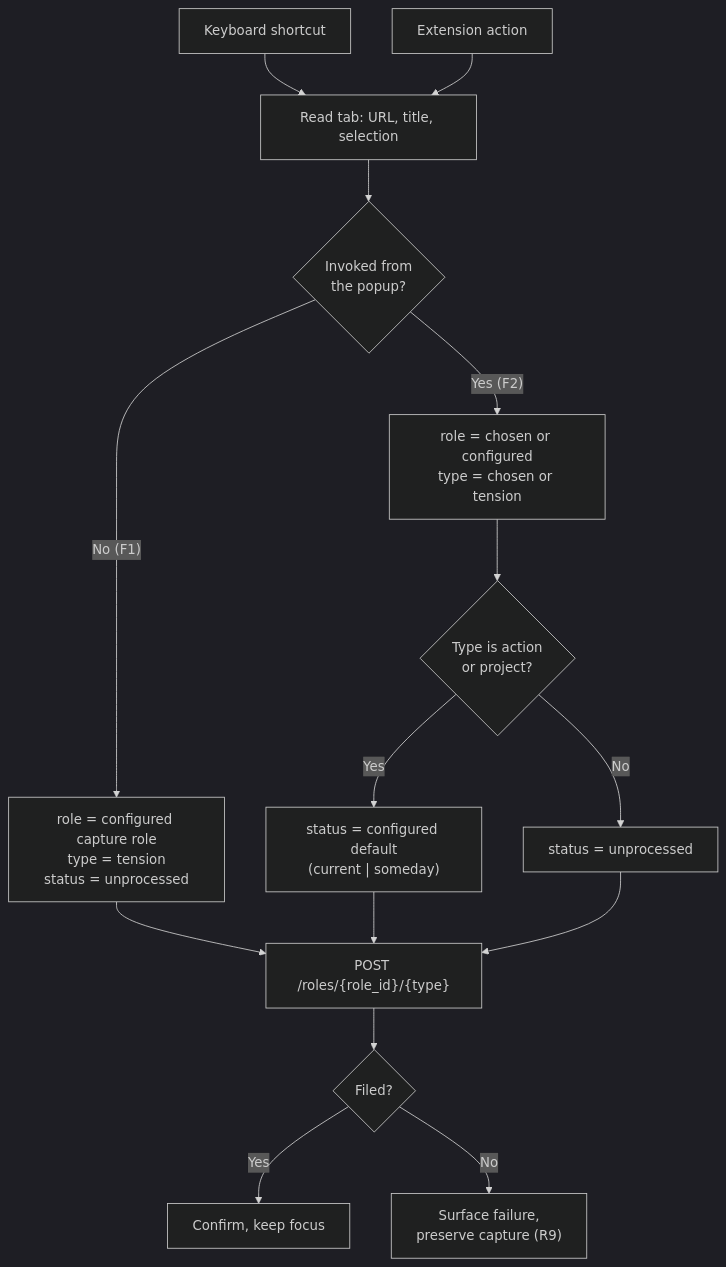
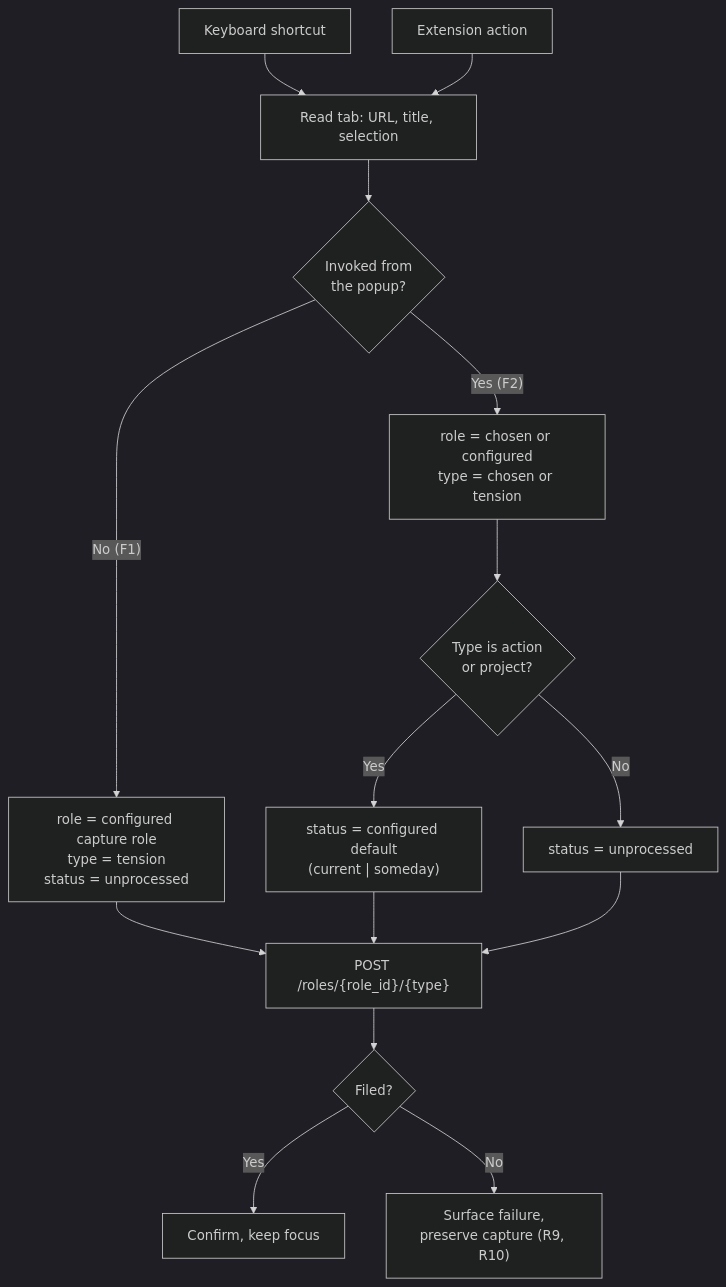
One commit to Integral-Productivity/glassfrog-clipper changed the diagram in docs/plans/2026-08-28-1123-feat-zero-decision-capture-path-plan.md. Above: the diagram before and after it, drawn with Mermaid (dark theme). The commit also changed other lines of this file, not shown here.

First line of the commit message:
docs(plan): resolve OQ1 — unconfigured capture opens options and carries through

````diff
--- a/docs/plans/2026-08-28-1123-feat-zero-decision-capture-path-plan.md
+++ b/docs/plans/2026-08-28-1123-feat-zero-decision-capture-path-plan.md
@@ -87,17 +90,17 @@
 ```mermaid
 flowchart TD
     K["Keyboard shortcut"] --> C["Read tab: URL, title, selection"]
     A["Extension action"] --> C
     C --> D{"Invoked from<br/>the popup?"}
     D -- "No (F1)" --> E["role = configured capture role<br/>type = tension<br/>status = unprocessed"]
     D -- "Yes (F2)" --> G["role = chosen or configured<br/>type = chosen or tension"]
     G --> H{"Type is action<br/>or project?"}
     H -- Yes --> I["status = configured default<br/>(current | someday)"]
     H -- No --> J["status = unprocessed"]
     E --> P["POST /roles/{role_id}/{type}"]
     I --> P
     J --> P
     P --> Q{"Filed?"}
     Q -- Yes --> R["Confirm, keep focus"]
-    Q -- No --> S["Surface failure,<br/>preserve capture (R9)"]
+    Q -- No --> S["Surface failure,<br/>preserve capture (R9, R10)"]
 ```
````
